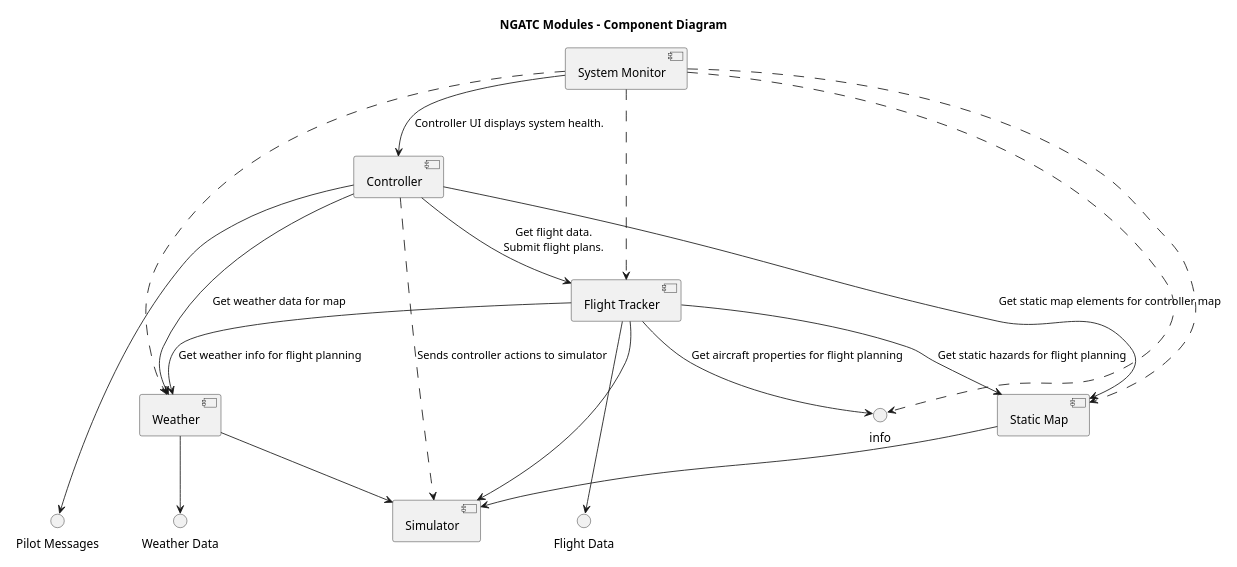
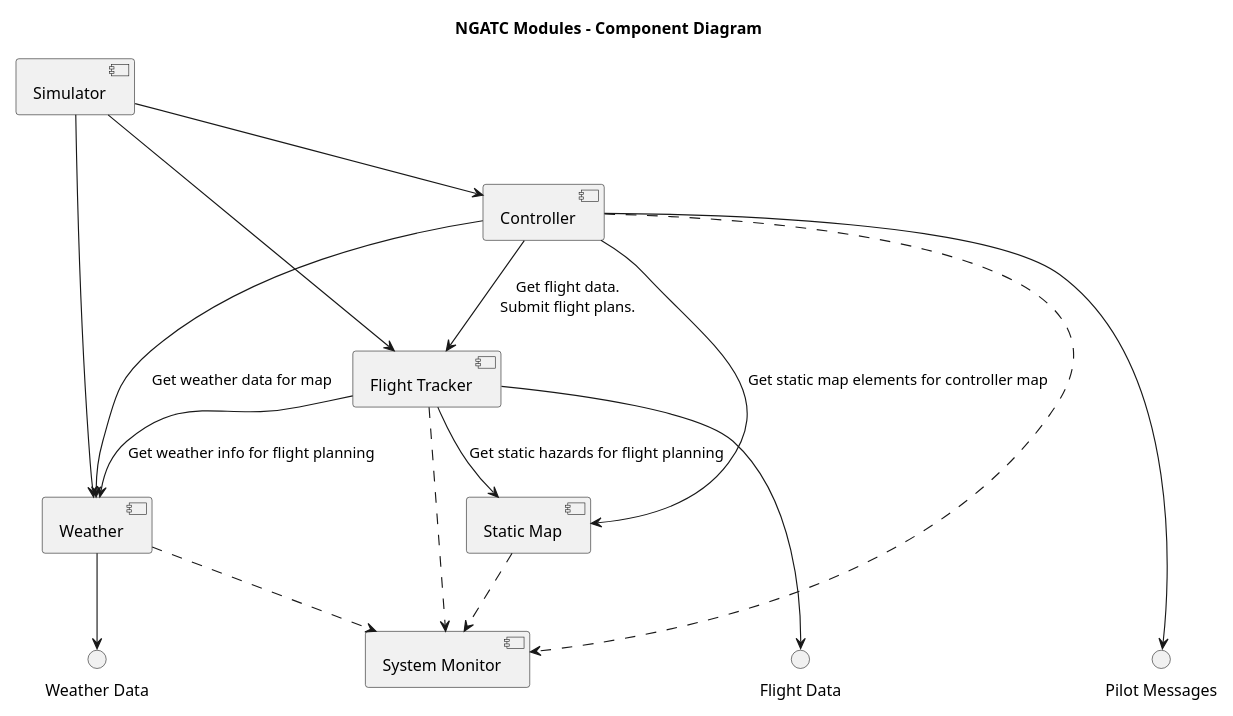
Before and after one commit to erikorlowski/cscie97: the second of 17 diagrams in cscie97/asn5/design.md, drawn with PlantUML.

Commit message:
Fix component diagram.

````diff
--- a/cscie97/asn5/design.md
+++ b/cscie97/asn5/design.md
@@ -359,38 +359,35 @@
 ```plantuml
 @startuml
 title NGATC Modules - Component Diagram
 scale max 800 width
 
 component Weather as weather
 component Controller as control
 component "Flight Tracker" as tracker
 component "System Monitor" as monitor
 component "Static Map" as map
 component Simulator as sim
 
 interface "Flight Data" as data
 interface "Weather Data" as weatherData
 interface "Pilot Messages" as msg
 
 control --> tracker : Get flight data.\nSubmit flight plans.
 control --> weather : Get weather data for map
 control --> map : Get static map elements for controller map
 tracker --> weather : Get weather info for flight planning
 tracker --> map : Get static hazards for flight planning
-tracker --> info : Get aircraft properties for flight planning
-monitor ..> weather
-monitor --> control : Controller UI displays system health.
-monitor ..> tracker
-monitor ..> map
-monitor ..> info
-weather --> sim
-tracker --> sim
-map --> sim
-control ..> sim : Sends controller actions to simulator
+weather ..> monitor
+control ..> monitor
+tracker ..> monitor
+map ..> monitor
+sim --> weather
+sim --> tracker
+sim --> control
 
 tracker ---> data
 weather --> weatherData
 control ----> msg
 
 @enduml
 ```
````
